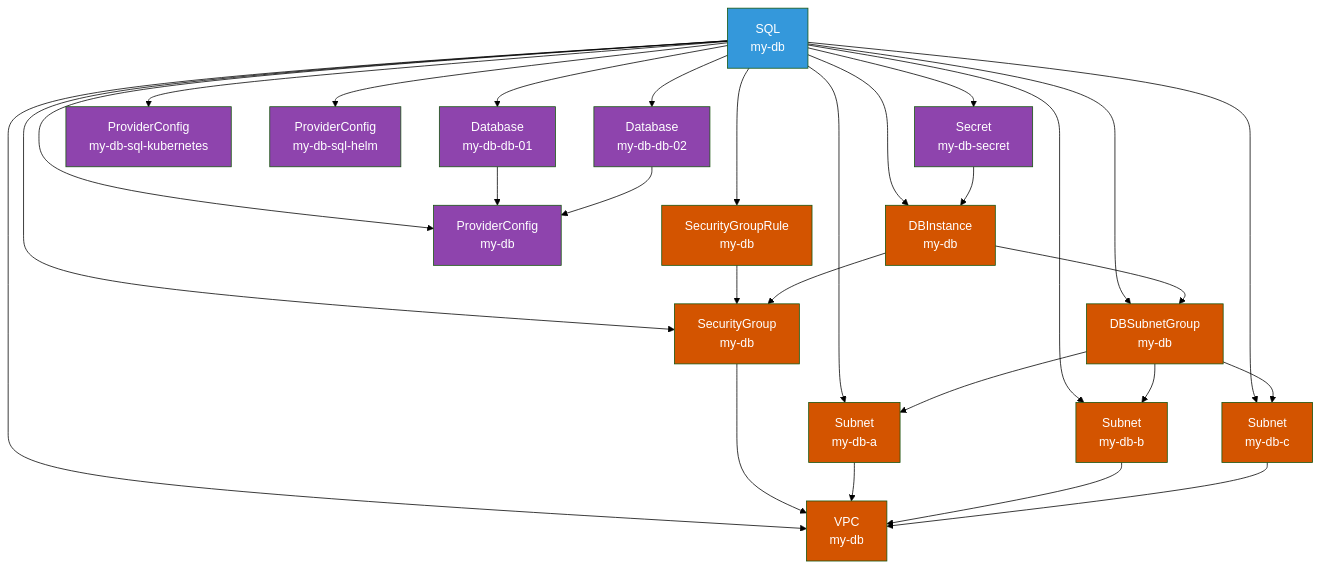
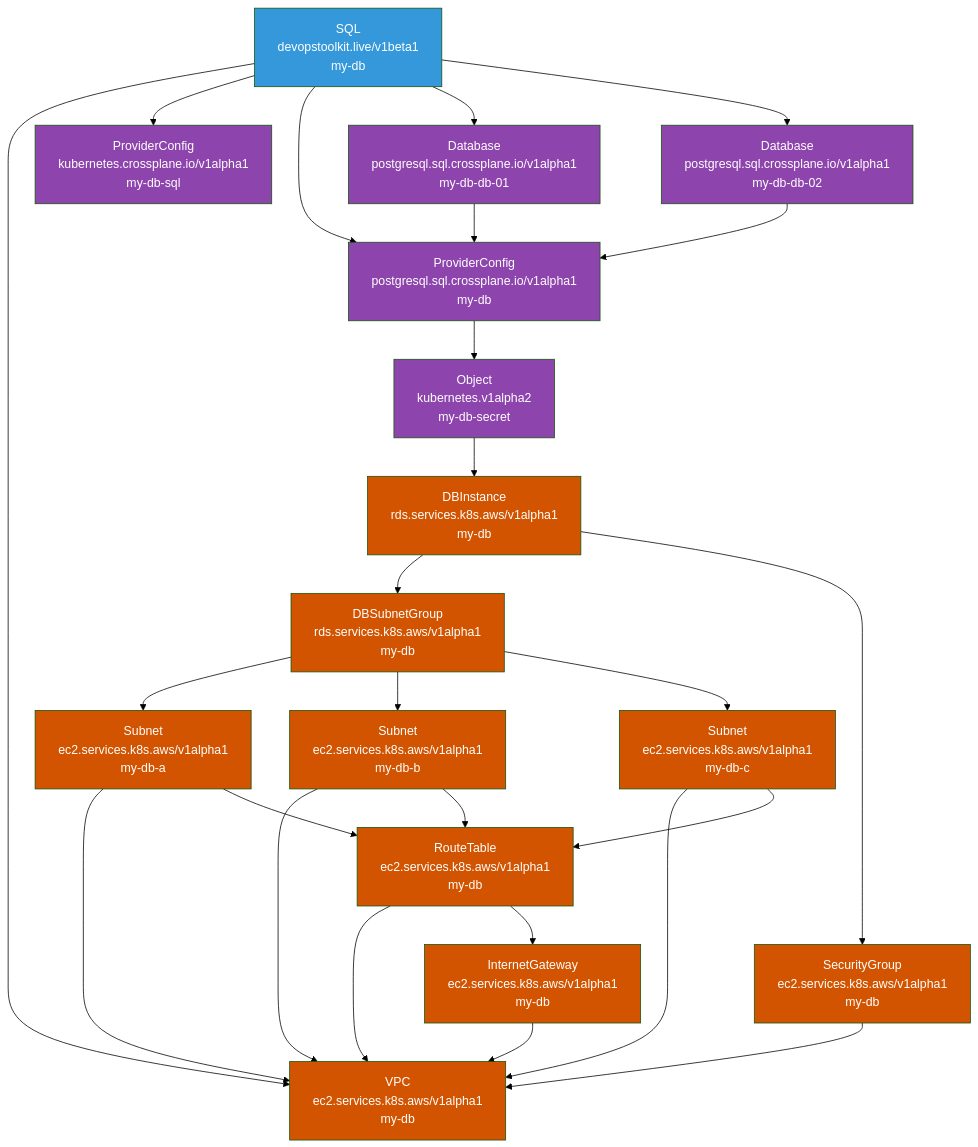
One commit to vfarcic/crossplane-sql changed the diagram in examples/diag-aws-ack.md. Above: the diagram before and after it, drawn with Mermaid (forest theme). The commit also changed other lines of this file and 5 other files, not shown here.

Commit message:
Diagrams [skip ci]

````diff
--- a/examples/diag-aws-ack.md
+++ b/examples/diag-aws-ack.md
@@ -22,75 +23,60 @@
 ```mermaid
 flowchart TD
     classDef compositeResource fill:#3498db,color:white
     classDef awsResource fill:#D35400,color:white
     classDef otherResource fill:#8E44AD,color:white
 
-    SQL["SQL<br>my-db"]
+    SQL["SQL<br>devopstoolkit.live/v1beta1<br>my-db"]:::compositeResource
 
-    %% AWS resources
-    VPC["VPC<br>my-db"]
-    SecurityGroup["SecurityGroup<br>my-db"]
-    SecurityGroupRule["SecurityGroupRule<br>my-db"]
-    DBSubnetGroup["DBSubnetGroup<br>my-db"]
-    DBInstance["DBInstance<br>my-db"]
+    %% AWS Resources
+    VPC["VPC<br>ec2.services.k8s.aws/v1alpha1<br>my-db"]:::awsResource
+    InternetGateway["InternetGateway<br>ec2.services.k8s.aws/v1alpha1<br>my-db"]:::awsResource
+    RouteTable["RouteTable<br>ec2.services.k8s.aws/v1alpha1<br>my-db"]:::awsResource
+    SecurityGroup["SecurityGroup<br>ec2.services.k8s.aws/v1alpha1<br>my-db"]:::awsResource
+    DBSubnetGroup["DBSubnetGroup<br>rds.services.k8s.aws/v1alpha1<br>my-db"]:::awsResource
+    DBInstance["DBInstance<br>rds.services.k8s.aws/v1alpha1<br>my-db"]:::awsResource
+    SubnetA["Subnet<br>ec2.services.k8s.aws/v1alpha1<br>my-db-a"]:::awsResource
+    SubnetB["Subnet<br>ec2.services.k8s.aws/v1alpha1<br>my-db-b"]:::awsResource
+    SubnetC["Subnet<br>ec2.services.k8s.aws/v1alpha1<br>my-db-c"]:::awsResource
+
+    %% Other Resources
+    Object["Object<br>kubernetes.v1alpha2<br>my-db-secret"]:::otherResource
+    PCKubernetes["ProviderConfig<br>kubernetes.crossplane.io/v1alpha1<br>my-db-sql"]:::otherResource
+    PCPostgres["ProviderConfig<br>postgresql.sql.crossplane.io/v1alpha1<br>my-db"]:::otherResource
+    DBdb01["Database<br>postgresql.sql.crossplane.io/v1alpha1<br>my-db-db-01"]:::otherResource
+    DBdb02["Database<br>postgresql.sql.crossplane.io/v1alpha1<br>my-db-db-02"]:::otherResource
+
+    %% Resource Relationships
+    SQL --> VPC
+    SQL --> PCKubernetes
+    SQL --> PCPostgres
+    SQL --> DBdb01
+    SQL --> DBdb02
     
-    Subnet1["Subnet<br>my-db-a"]
-    Subnet2["Subnet<br>my-db-b"]
-    Subnet3["Subnet<br>my-db-c"]
+    InternetGateway --> VPC
+    RouteTable --> VPC
+    RouteTable --> InternetGateway
     
-    %% Other resources
-    Database1["Database<br>my-db-db-01"]
-    Database2["Database<br>my-db-db-02"]
-    Secret["Secret<br>my-db-secret"]
-    ProviderConfig1["ProviderConfig<br>my-db-sql-kubernetes"]
-    ProviderConfig2["ProviderConfig<br>my-db-sql-helm"]
-    SQLProviderConfig["ProviderConfig<br>my-db"]
-
-    %% Connections from SQL composite
-    SQL --> VPC
-    SQL --> SecurityGroup
-    SQL --> SecurityGroupRule
-    SQL --> Subnet1
-    SQL --> Subnet2
-    SQL --> Subnet3
-    SQL --> DBSubnetGroup
-    SQL --> DBInstance
-    SQL --> Database1
-    SQL --> Database2
-    SQL --> Secret
-    SQL --> ProviderConfig1
-    SQL --> ProviderConfig2
-    SQL --> SQLProviderConfig
-
-    %% Resource relationships
     SecurityGroup --> VPC
-    SecurityGroupRule --> SecurityGroup
-    Subnet1 --> VPC
-    Subnet2 --> VPC
-    Subnet3 --> VPC
-    DBSubnetGroup --> Subnet1
-    DBSubnetGroup --> Subnet2
-    DBSubnetGroup --> Subnet3
+    
+    SubnetA --> VPC
+    SubnetB --> VPC
+    SubnetC --> VPC
+    SubnetA --> RouteTable
+    SubnetB --> RouteTable
+    SubnetC --> RouteTable
+    
+    DBSubnetGroup --> SubnetA
+    DBSubnetGroup --> SubnetB
+    DBSubnetGroup --> SubnetC
+    
     DBInstance --> DBSubnetGroup
     DBInstance --> SecurityGroup
-    Database1 --> SQLProviderConfig
-    Database2 --> SQLProviderConfig
-    Secret --> DBInstance
-
-    %% Style classes
-    SQL:::compositeResource
-    VPC:::awsResource
-    SecurityGroup:::awsResource
-    SecurityGroupRule:::awsResource
-    DBSubnetGroup:::awsResource
-    DBInstance:::awsResource
-    Subnet1:::awsResource
-    Subnet2:::awsResource
-    Subnet3:::awsResource
-    Database1:::otherResource
-    Database2:::otherResource
-    Secret:::otherResource
-    ProviderConfig1:::otherResource
-    ProviderConfig2:::otherResource
-    SQLProviderConfig:::otherResource
+    
+    Object --> DBInstance
+    
+    PCPostgres --> Object
+    
+    DBdb01 --> PCPostgres
+    DBdb02 --> PCPostgres
 ```
````
